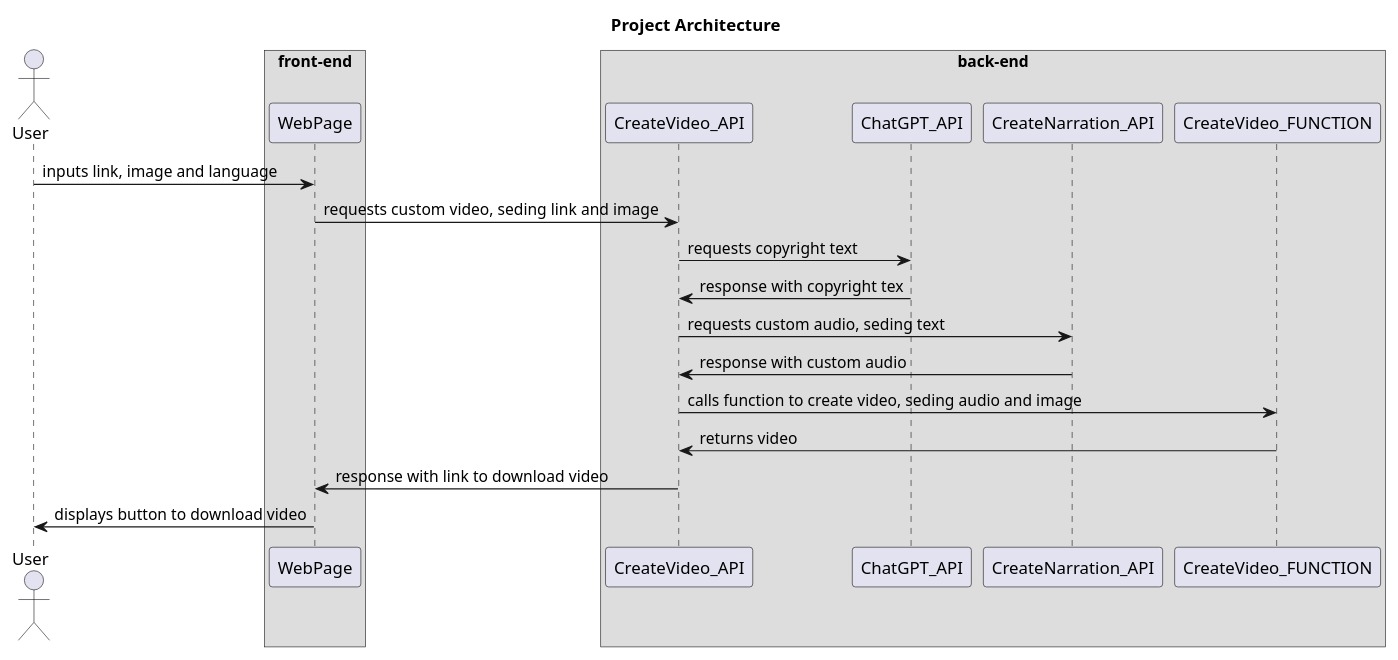
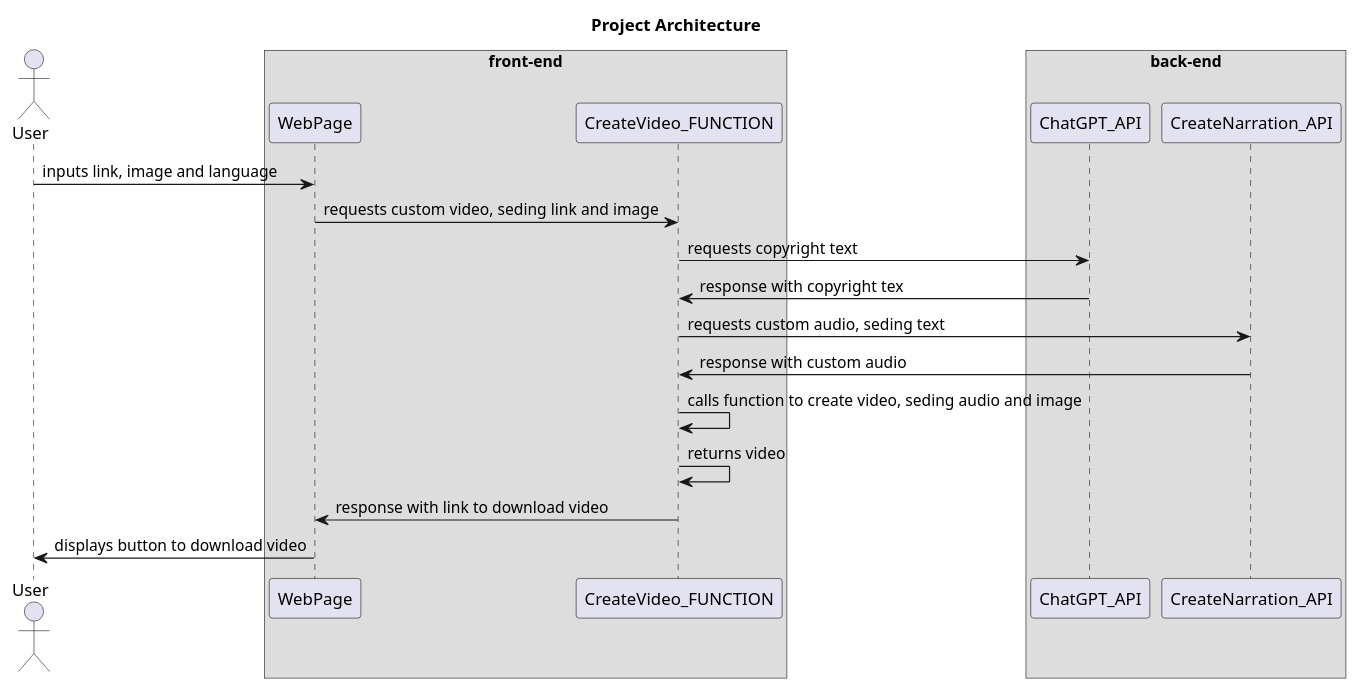
The diagram in src/docs/project-architecture.puml (Alex-Ruzsicska/shorts-generator), drawn with PlantUML before and after one commit. The commit also changed 69 other files, not shown here.

```diff
--- a/src/docs/project-architecture.puml
+++ b/src/docs/project-architecture.puml
@@ -1,31 +1,31 @@
 @startuml Project Architecture
 
 Title Project Architecture
 
 actor User
 box front-end
     participant WebPage
 
     User -> WebPage : inputs link, image and language
+    WebPage -> CreateVideo_FUNCTION: requests custom video, seding link and image
 
 end box
 
 box back-end
-    WebPage -> CreateVideo_API: requests custom video, seding link and image
     
-    CreateVideo_API -> ChatGPT_API: requests copyright text
-    ChatGPT_API -> CreateVideo_API: response with copyright tex
+    CreateVideo_FUNCTION -> ChatGPT_API: requests copyright text
+    ChatGPT_API -> CreateVideo_FUNCTION: response with copyright tex
     
-    CreateVideo_API -> CreateNarration_API: requests custom audio, seding text
-    CreateNarration_API -> CreateVideo_API: response with custom audio
+    CreateVideo_FUNCTION -> CreateNarration_API: requests custom audio, seding text
+    CreateNarration_API -> CreateVideo_FUNCTION: response with custom audio
 
-    CreateVideo_API -> CreateVideo_FUNCTION: calls function to create video, seding audio and image
-    CreateVideo_FUNCTION -> CreateVideo_API: returns video
+    CreateVideo_FUNCTION -> CreateVideo_FUNCTION: calls function to create video, seding audio and image
+    CreateVideo_FUNCTION -> CreateVideo_FUNCTION: returns video
 
-    CreateVideo_API -> WebPage: response with link to download video
+    CreateVideo_FUNCTION -> WebPage: response with link to download video
 end box
 
     WebPage -> User : displays button to download video
 
 
 @enduml
```
